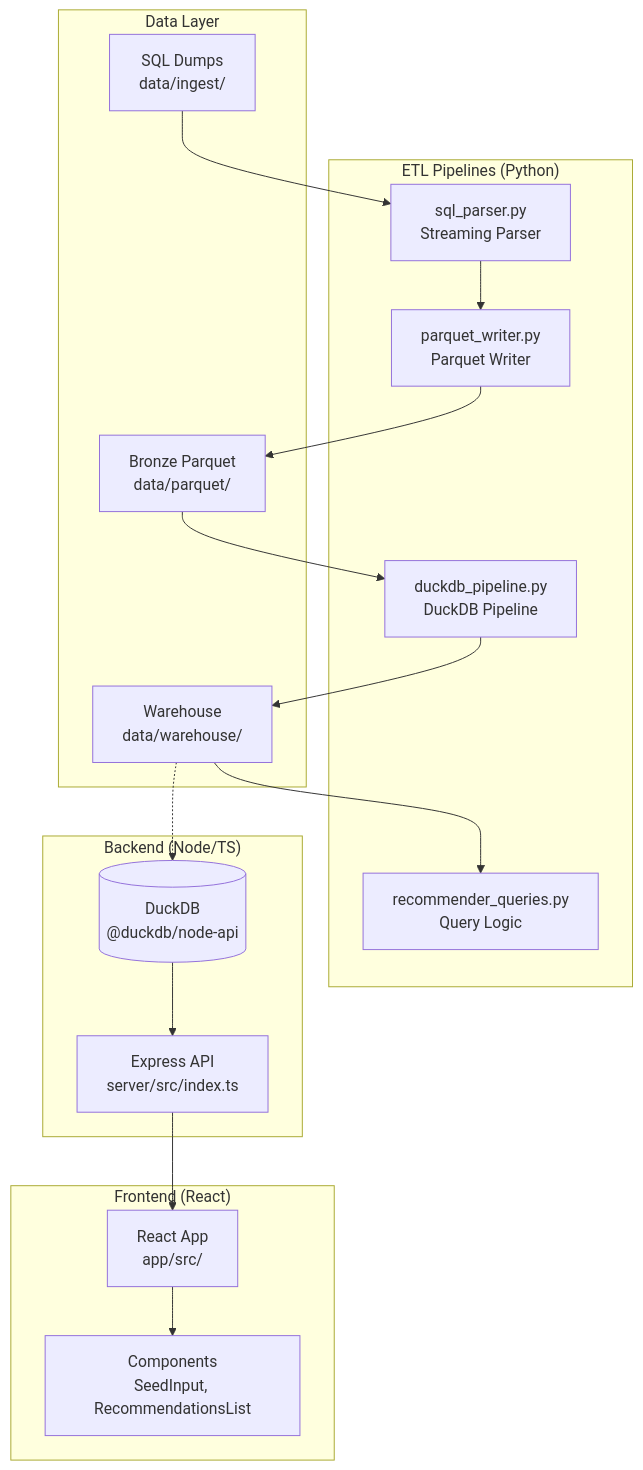
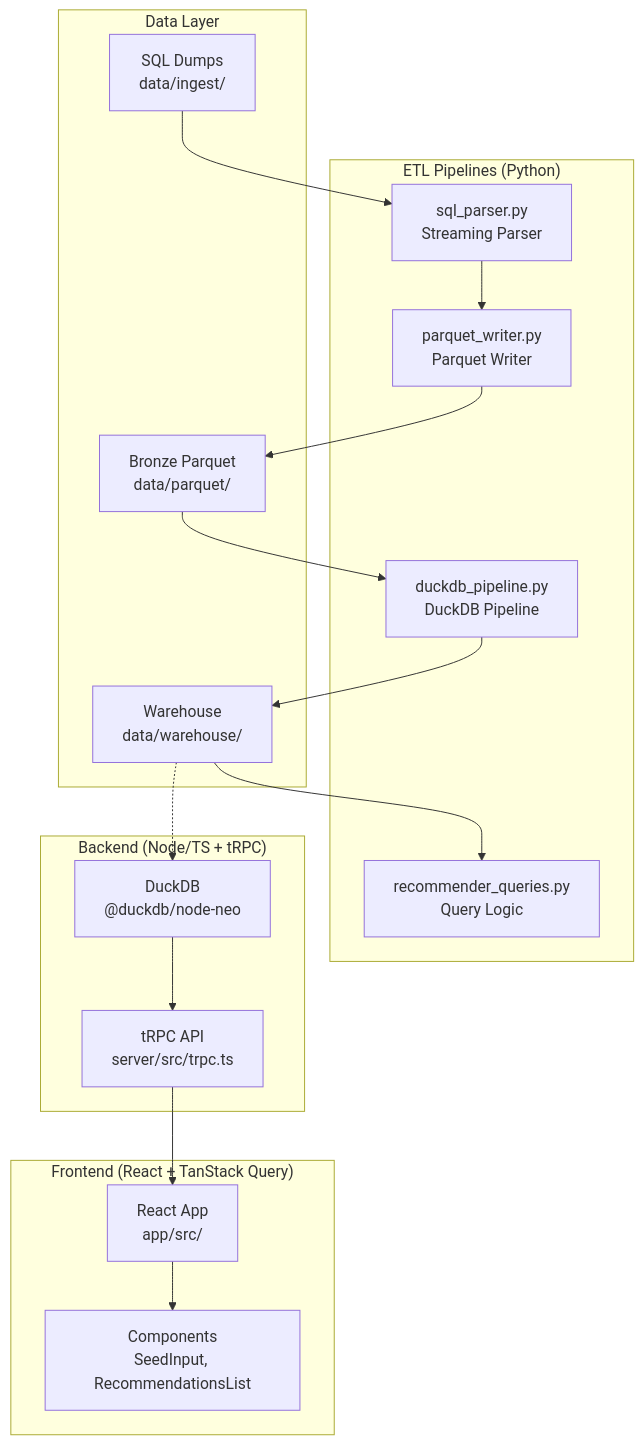
The diagram in README.md (grimsoda/ppExtender), drawn with Mermaid before and after one commit.

Commit message:
docs: update architecture diagram for tRPC
- Replace Express API with tRPC API in architecture diagram

- Update backend subgraph: Backend (Node/TS + tRPC)

- Update API node: tRPC API

- Keep all other sections unchanged

````diff
--- a/README.md
+++ b/README.md
@@ -52,33 +52,33 @@
 ```mermaid
 flowchart TB
     subgraph Data["Data Layer"]
         SQL["SQL Dumps<br/>data/ingest/"]
         Parquet["Bronze Parquet<br/>data/parquet/"]
         DuckDB["Warehouse<br/>data/warehouse/"]
     end
 
     subgraph Pipelines["ETL Pipelines (Python)"]
         Parser["sql_parser.py<br/>Streaming Parser"]
         Writer["parquet_writer.py<br/>Parquet Writer"]
         Pipeline["duckdb_pipeline.py<br/>DuckDB Pipeline"]
         Queries["recommender_queries.py<br/>Query Logic"]
     end
 
-    subgraph Backend["Backend (Node/TS)"]
-        API["Express API<br/>server/src/index.ts"]
-        DB[("DuckDB<br/>@duckdb/node-api")]
+    subgraph Backend["Backend (Node/TS + tRPC)"]
+        API["tRPC API<br/>server/src/trpc.ts"]
+        DB["DuckDB<br/>@duckdb/node-neo"]
     end
 
-    subgraph Frontend["Frontend (React)"]
+    subgraph Frontend["Frontend (React + TanStack Query)"]
         UI["React App<br/>app/src/"]
         Components["Components<br/>SeedInput, RecommendationsList"]
     end
 
     SQL --> Parser --> Writer --> Parquet
     Parquet --> Pipeline --> DuckDB
     DuckDB --> Queries
     DuckDB -.-> DB
     DB --> API
     API --> UI
     UI --> Components
 ```
````
